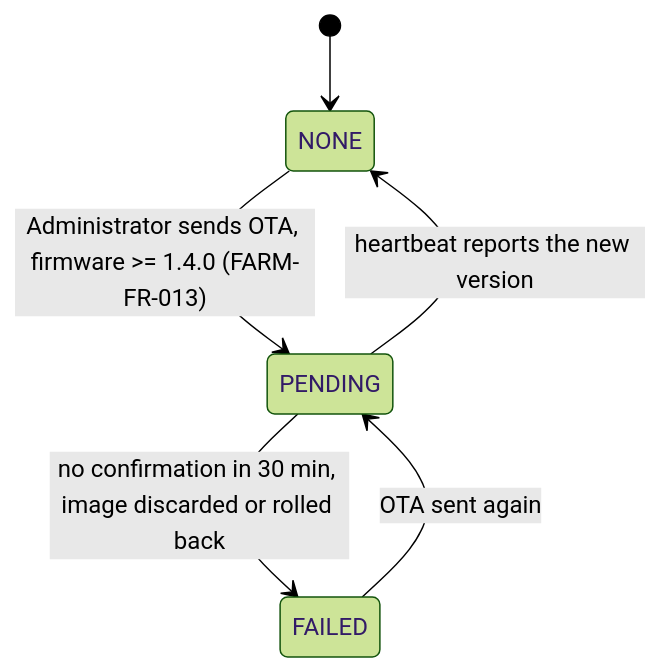
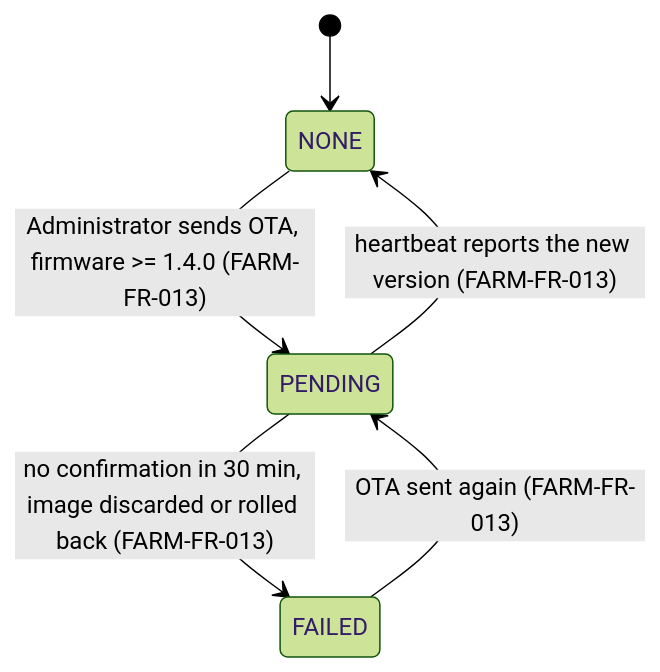
One commit to NBao261/SwiftletCare_KLTN changed diagram 18 of 40 in docs/reports/report4-sdd.md. Above: the diagram before and after it, drawn with Mermaid (forest theme). The commit also changed other lines of this file and 5 other files, not shown here.

````diff
--- a/docs/reports/report4-sdd.md
+++ b/docs/reports/report4-sdd.md
@@ -1208,8 +1223,8 @@
 ```mermaid
 stateDiagram-v2
   [*] --> NONE
   NONE --> PENDING : Administrator sends OTA, firmware >= 1.4.0 (FARM-FR-013)
-  PENDING --> NONE : heartbeat reports the new version
-  PENDING --> FAILED : no confirmation in 30 min, image discarded or rolled back
-  FAILED --> PENDING : OTA sent again
+  PENDING --> NONE : heartbeat reports the new version (FARM-FR-013)
+  PENDING --> FAILED : no confirmation in 30 min, image discarded or rolled back (FARM-FR-013)
+  FAILED --> PENDING : OTA sent again (FARM-FR-013)
 ```
````
